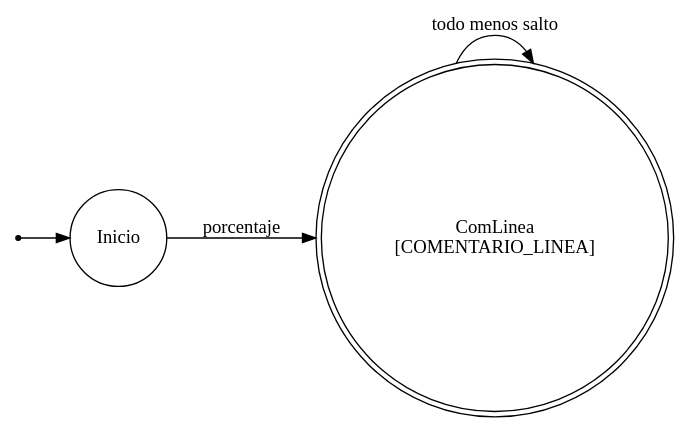
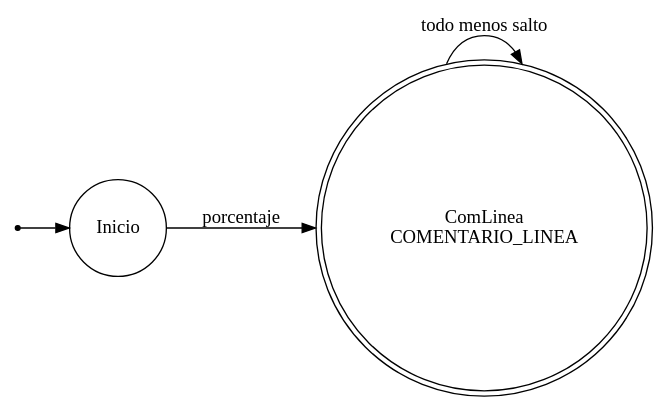
The diagram in automatas/comentario_linea.dot (Insert-name-115/Tarea-de-teoria-de-computacion), drawn with Graphviz before and after one commit. The commit also changed 16 other files, not shown here.

```diff
--- a/automatas/comentario_linea.dot
+++ b/automatas/comentario_linea.dot
@@ -1,9 +1,9 @@
 digraph COMENTARIO_LINEA {
 	rankdir=LR
 	"" [shape=point]
+	ComLinea [label="ComLinea\nCOMENTARIO_LINEA" shape=doublecircle]
 	Inicio [shape=circle]
-	ComLinea [label="ComLinea\n[COMENTARIO_LINEA]" shape=doublecircle]
 	"" -> Inicio
 	Inicio -> ComLinea [label=porcentaje]
 	ComLinea -> ComLinea [label="todo menos salto"]
 }
```
